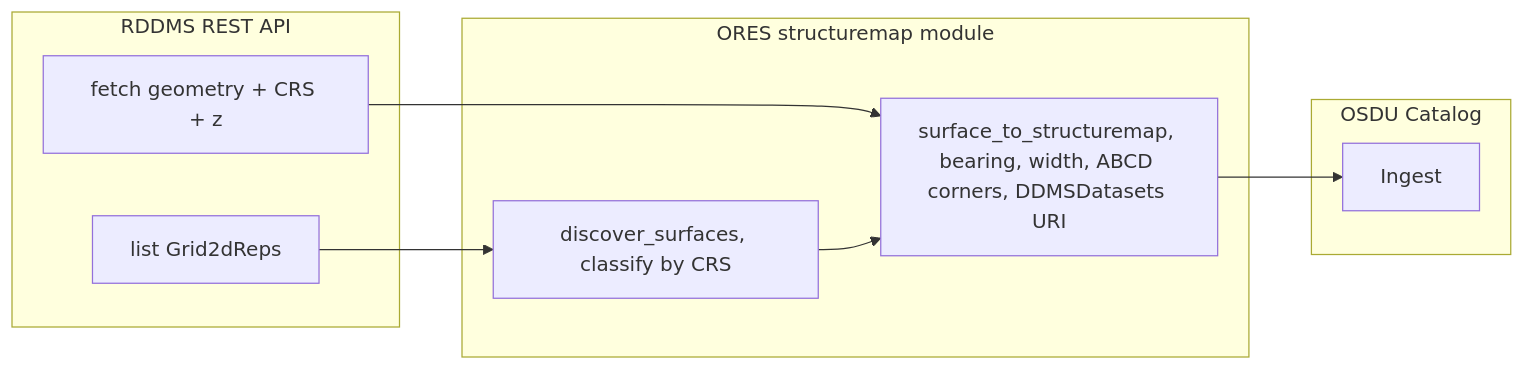
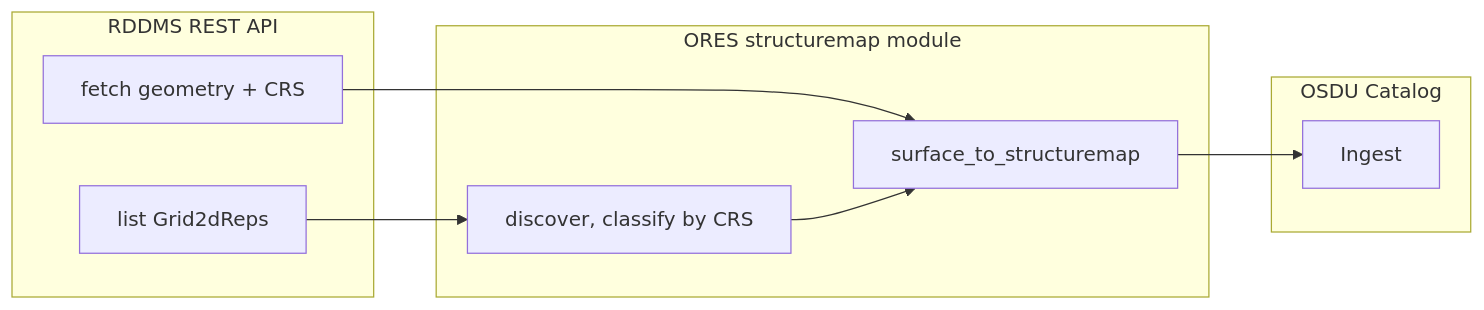
One commit to marcusapel/ores changed the eighth of 8 diagrams in md/SeisInt.md. Above: the diagram before and after it, drawn with Mermaid. The commit also changed other lines of this file and 36 other files, not shown here.

````diff
--- a/md/SeisInt.md
+++ b/md/SeisInt.md
@@ -1325,21 +505,18 @@
 ```mermaid
 flowchart LR
     subgraph RDDMS["RDDMS REST API"]
         L["list Grid2dReps"]
-        F["fetch geometry + CRS + z"]
+        F["fetch geometry + CRS"]
     end
-
     subgraph ORES["ORES structuremap module"]
-        D["discover_surfaces, classify by CRS"]
-        S["surface_to_structuremap, bearing, width, ABCD corners, DDMSDatasets URI"]
+        D["discover, classify by CRS"]
+        S["surface_to_structuremap"]
     end
-
     subgraph Catalog["OSDU Catalog"]
         I["Ingest"]
     end
-
     L --> D
     F --> S
     D --> S
     S --> I
 ```
````
